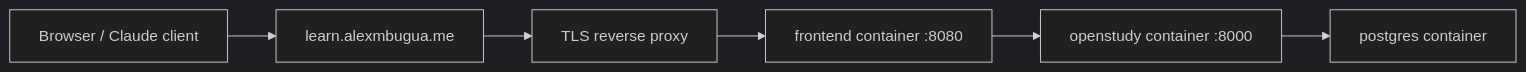
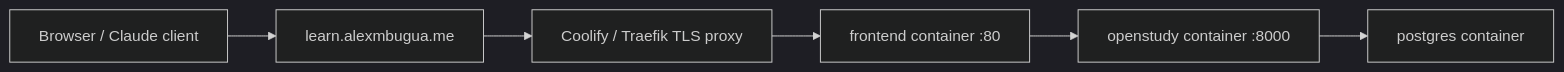
One commit to asce1062/OpenStudy changed the diagram in docs/interview-engineering/domain-and-ssl.md. Above: the diagram before and after it, drawn with Mermaid (dark theme). The commit also changed other lines of this file and 7 other files, not shown here.

````diff
--- a/docs/interview-engineering/domain-and-ssl.md
+++ b/docs/interview-engineering/domain-and-ssl.md
@@ -8,8 +8,8 @@
 ```mermaid
 flowchart LR
     Browser["Browser / Claude client"] --> DNS["learn.alexmbugua.me"]
-    DNS --> Proxy["TLS reverse proxy"]
-    Proxy --> Frontend["frontend container :8080"]
+    DNS --> Proxy["Coolify / Traefik TLS proxy"]
+    Proxy --> Frontend["frontend container :80"]
     Frontend --> Backend["openstudy container :8000"]
     Backend --> Postgres["postgres container"]
 ```
````
